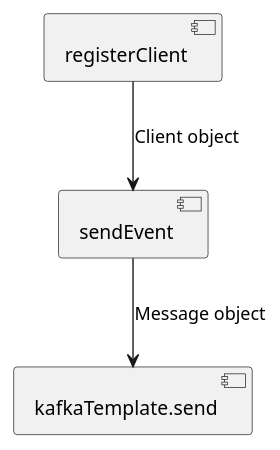
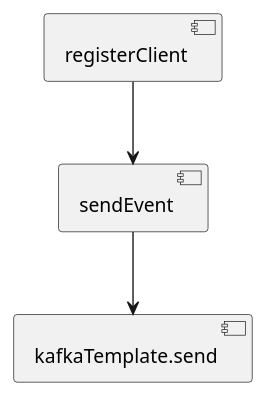
One commit to avvero/devirium changed the first of 2 diagrams in 2024-08/Methodcentipede (eng).md. Above: the diagram before and after it, drawn with PlantUML. The commit also changed other lines of this file, not shown here.

````diff
--- a/2024-08/Methodcentipede (eng).md
+++ b/2024-08/Methodcentipede (eng).md
@@ -52,9 +52,9 @@
 ```plantuml
 @startuml
 skinparam rectangular true
 
-[registerClient] --> [sendEvent]: Client object
-[sendEvent] --> [kafkaTemplate.send]: Message object
+[registerClient] --> [sendEvent]
+[sendEvent] --> [kafkaTemplate.send]
 
 @enduml
 ```
````
